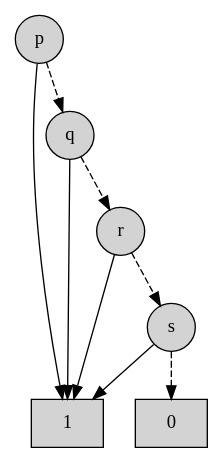
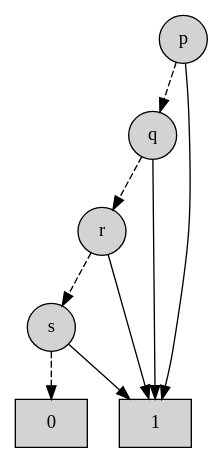
The diagram in samples/expression_bdd_dot/or_chain.dot (Alan-Jowett/dagir), drawn with Graphviz before and after one commit. The commit also changed 86 other files, not shown here.

```diff
--- a/samples/expression_bdd_dot/or_chain.dot
+++ b/samples/expression_bdd_dot/or_chain.dot
@@ -1,17 +1,17 @@
 digraph bdd {
   rankdir=TB;
-  "node5" [label = "0", style = "filled", name = "node5", shape = "box", fillcolor = "lightgray"];
-  "node6" [label = "1", style = "filled", name = "node6", shape = "box", fillcolor = "lightgray"];
-  "p" [label = "p", style = "filled", name = "p", shape = "circle"];
-  "q" [label = "q", style = "filled", name = "q", shape = "circle"];
-  "r" [label = "r", style = "filled", name = "r", shape = "circle"];
-  "s" [label = "s", style = "filled", name = "s", shape = "circle"];
-  "p" -> "node6" [style = "solid"];
-  "p" -> "q" [style = "dashed"];
-  "q" -> "node6" [style = "solid"];
-  "q" -> "r" [style = "dashed"];
-  "r" -> "node6" [style = "solid"];
-  "r" -> "s" [style = "dashed"];
-  "s" -> "node5" [style = "dashed"];
-  "s" -> "node6" [style = "solid"];
+  "node000" [label = "p", style = "filled", name = "node000", shape = "circle"];
+  "node001" [label = "q", style = "filled", name = "node001", shape = "circle"];
+  "node002" [label = "r", style = "filled", name = "node002", shape = "circle"];
+  "node003" [label = "s", style = "filled", name = "node003", shape = "circle"];
+  "node004" [label = "0", style = "filled", name = "node004", shape = "box", fillcolor = "lightgray"];
+  "node005" [label = "1", style = "filled", name = "node005", shape = "box", fillcolor = "lightgray"];
+  "node000" -> "node001" [style = "dashed"];
+  "node000" -> "node005" [style = "solid"];
+  "node001" -> "node002" [style = "dashed"];
+  "node001" -> "node005" [style = "solid"];
+  "node002" -> "node003" [style = "dashed"];
+  "node002" -> "node005" [style = "solid"];
+  "node003" -> "node004" [style = "dashed"];
+  "node003" -> "node005" [style = "solid"];
 }
```
